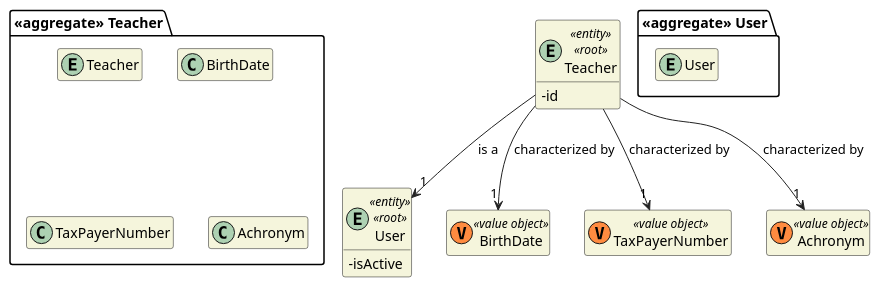
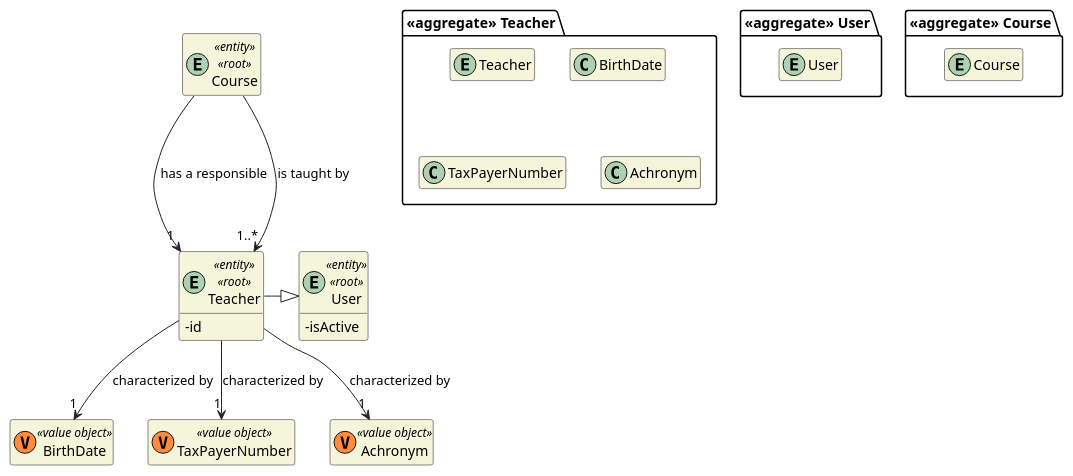
Before and after one commit to miseEnPlace-dev/lapr4: the diagram in docs/DM/DM_Teacher.puml, drawn with PlantUML. The commit also changed 7 other files, not shown here.

```diff
--- a/docs/DM/DM_Teacher.puml
+++ b/docs/DM/DM_Teacher.puml
@@ -1,40 +1,50 @@
 @startuml DM-TEACHER
 'https://plantuml.com/class-diagram
 
 skinparam classAttributeIconSize 0
 hide empty attributes
 hide empty methods
 skinparam classBackgroundColor beige
 skinparam ArrowColor #222222
 
 package "<<aggregate>> User" {
     entity User
 }
 
 entity User <<entity>> <<root>> {
     - isActive
+}
+
+package "<<aggregate>> Course" {
+    entity Course
+}
+
+entity Course <<entity>> <<root>> {
 }
 
 package "<<aggregate>> Teacher" {
     entity Teacher
 
     class BirthDate
     class TaxPayerNumber
     class Achronym
 }
 
 entity Teacher <<entity>> <<root>> {
   -id
 }
 
 class BirthDate <<(V,#FF8B40) value object>> {}
 class TaxPayerNumber <<(V,#FF8B40) value object>> {}
 class Achronym <<(V,#FF8B40) value object>> {}
 
 Teacher --> "1" BirthDate : characterized by
 Teacher --> "1" TaxPayerNumber : characterized by
 Teacher --> "1" Achronym : characterized by
 
-Teacher --> "1" User : is a
+Teacher -|> User
+
+Course --> "1" Teacher : has a responsible
+Course ---> "1..*" Teacher : is taught by
 
 @enduml
```
